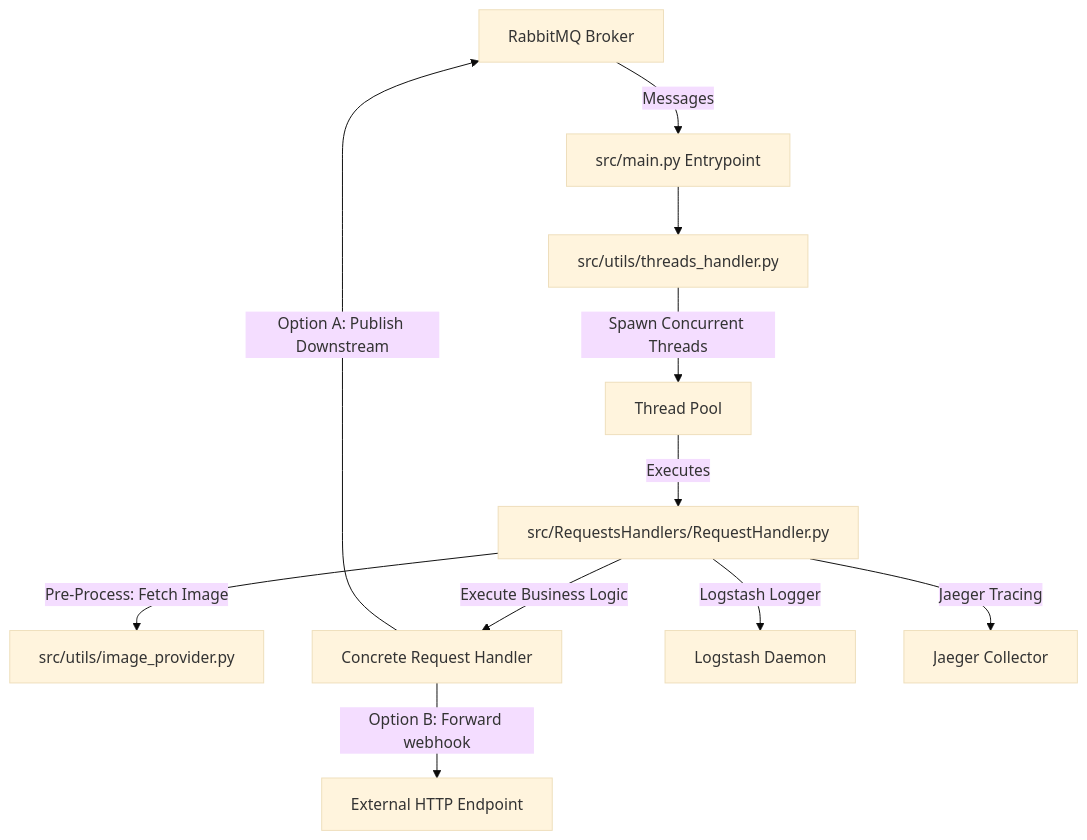
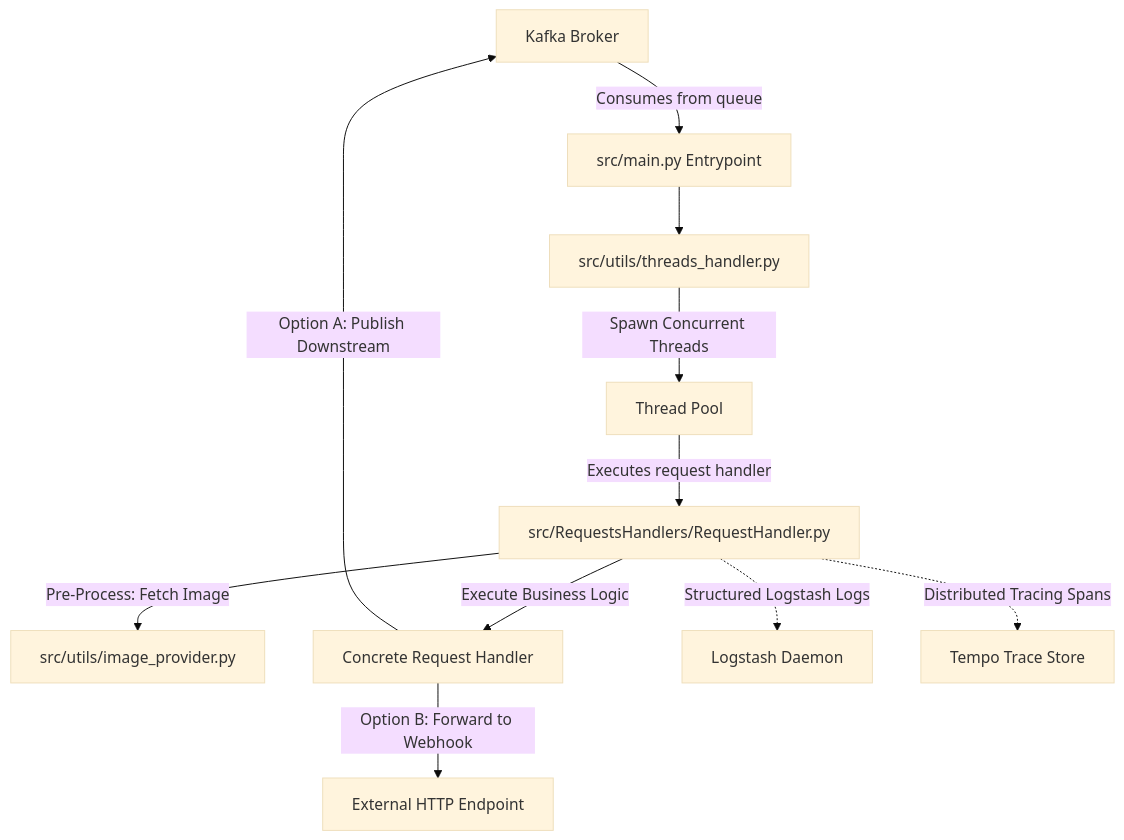
Before and after one commit to Dorokah/ItemsProcessor: the diagram in README.md, drawn with Mermaid (base theme). The commit also changed other lines of this file, not shown here.

````diff
--- a/README.md
+++ b/README.md
@@ -7,14 +21,14 @@
 ```mermaid
 graph TD
-    A[RabbitMQ Broker] -->|Messages| B[src/main.py Entrypoint]
+    A[Kafka Broker] -->|Consumes from queue| B[src/main.py Entrypoint]
     B --> C[src/utils/threads_handler.py]
     C -->|Spawn Concurrent Threads| D[Thread Pool]
-    D -->|Executes| E[src/RequestsHandlers/RequestHandler.py]
+    D -->|Executes request handler| E[src/RequestsHandlers/RequestHandler.py]
     E -->|Pre-Process: Fetch Image| F[src/utils/image_provider.py]
     E -->|Execute Business Logic| G[Concrete Request Handler]
     G -->|Option A: Publish Downstream| A
-    G -->|Option B: Forward webhook| H[External HTTP Endpoint]
+    G -->|Option B: Forward to Webhook| H[External HTTP Endpoint]
     
-    E -->|Logstash Logger| I[Logstash Daemon]
-    E -->|Jaeger Tracing| J[Jaeger Collector]
+    E -.->|Structured Logstash Logs| I[Logstash Daemon]
+    E -.->|Distributed Tracing Spans| J[Tempo Trace Store]
 ```
````
